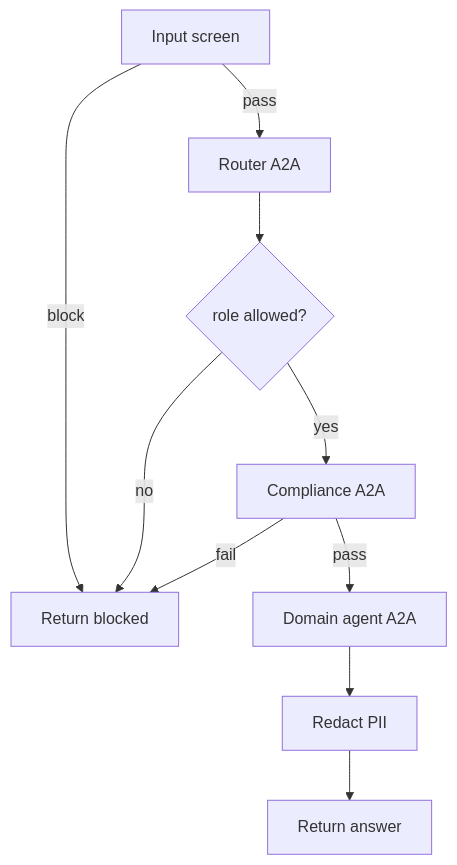
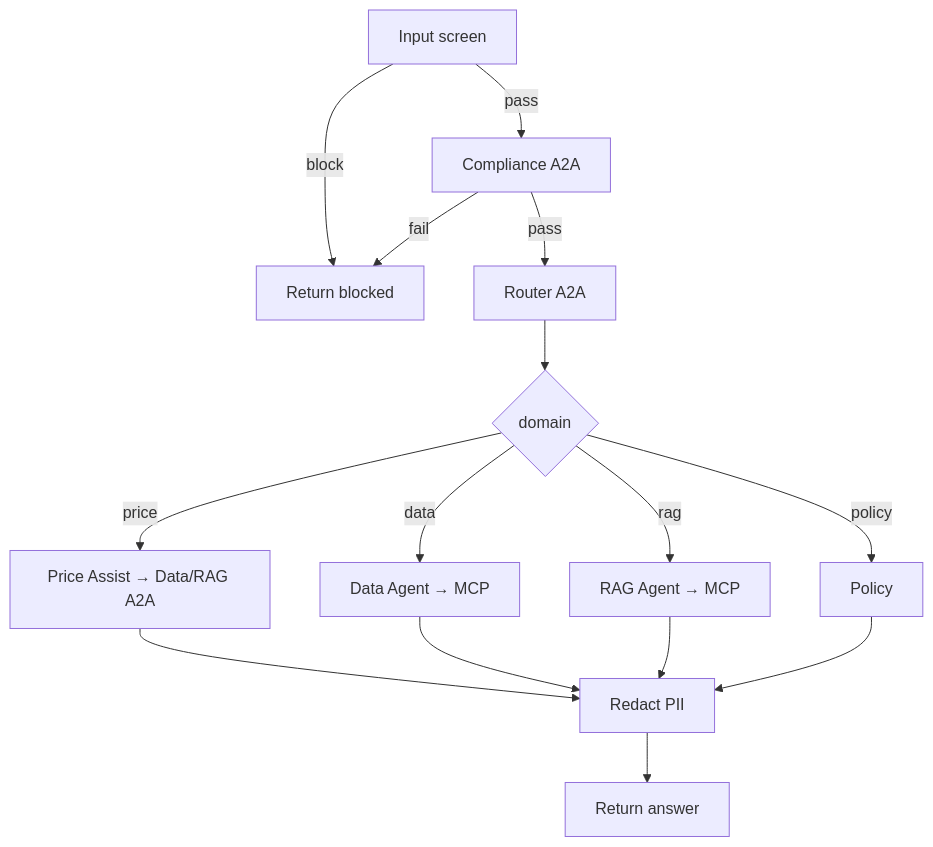
The second of 2 diagrams in CODEBASE_EXPLANATION.md (manojchevula-acc/agent-mesh), drawn with Mermaid before and after one commit. The commit also changed other lines of this file and 96 other files, not shown here.

````diff
--- a/CODEBASE_EXPLANATION.md
+++ b/CODEBASE_EXPLANATION.md
@@ -89,12 +82,17 @@
 ```mermaid
 flowchart TD
     A[Input screen] -->|block| Z[Return blocked]
-    A -->|pass| B[Router A2A]
-    B --> C{role allowed?}
-    C -->|no| Z
-    C -->|yes| D[Compliance A2A]
-    D -->|fail| Z
-    D -->|pass| E[Domain agent A2A]
-    E --> F[Redact PII]
+    A -->|pass| C[Compliance A2A]
+    C -->|fail| Z
+    C -->|pass| R[Router A2A]
+    R --> D{domain}
+    D -->|price| PA[Price Assist → Data/RAG A2A]
+    D -->|data| DA[Data Agent → MCP]
+    D -->|rag| RA[RAG Agent → MCP]
+    D -->|policy| PO[Policy]
+    PA --> F[Redact PII]
+    DA --> F
+    RA --> F
+    PO --> F
     F --> G[Return answer]
 ```
````
